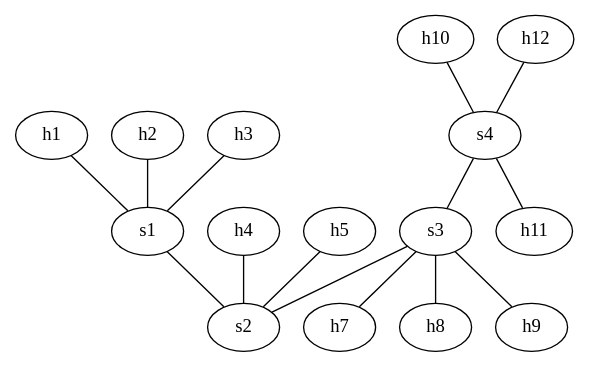
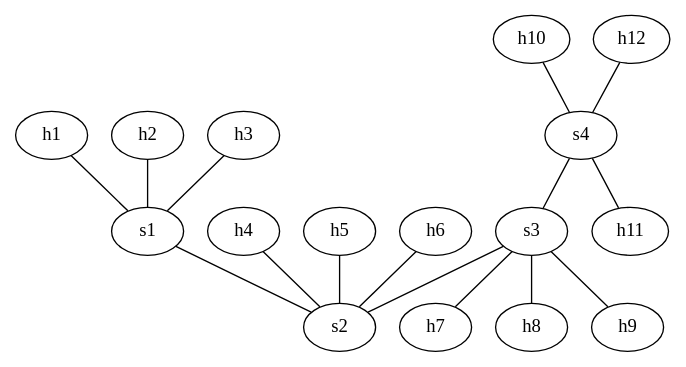
The diagram in topologia.dot (faber222/Network_Simulator), drawn with Graphviz before and after one commit. The commit also changed 8 other files, not shown here.

```diff
--- a/topologia.dot
+++ b/topologia.dot
@@ -1,16 +1,17 @@
 graph {
     h1--s1
     h2--s1
     h3--s1
     h4--s2
     h5--s2
+    h6--s2
+    h10--s4
+    h12--s4
     s1--s2
     s3--s2
     s4--s3
     s3--h7
     s3--h8
     s3--h9
-    h10--s4
     s4--h11
-    h12--s4
 }
```
